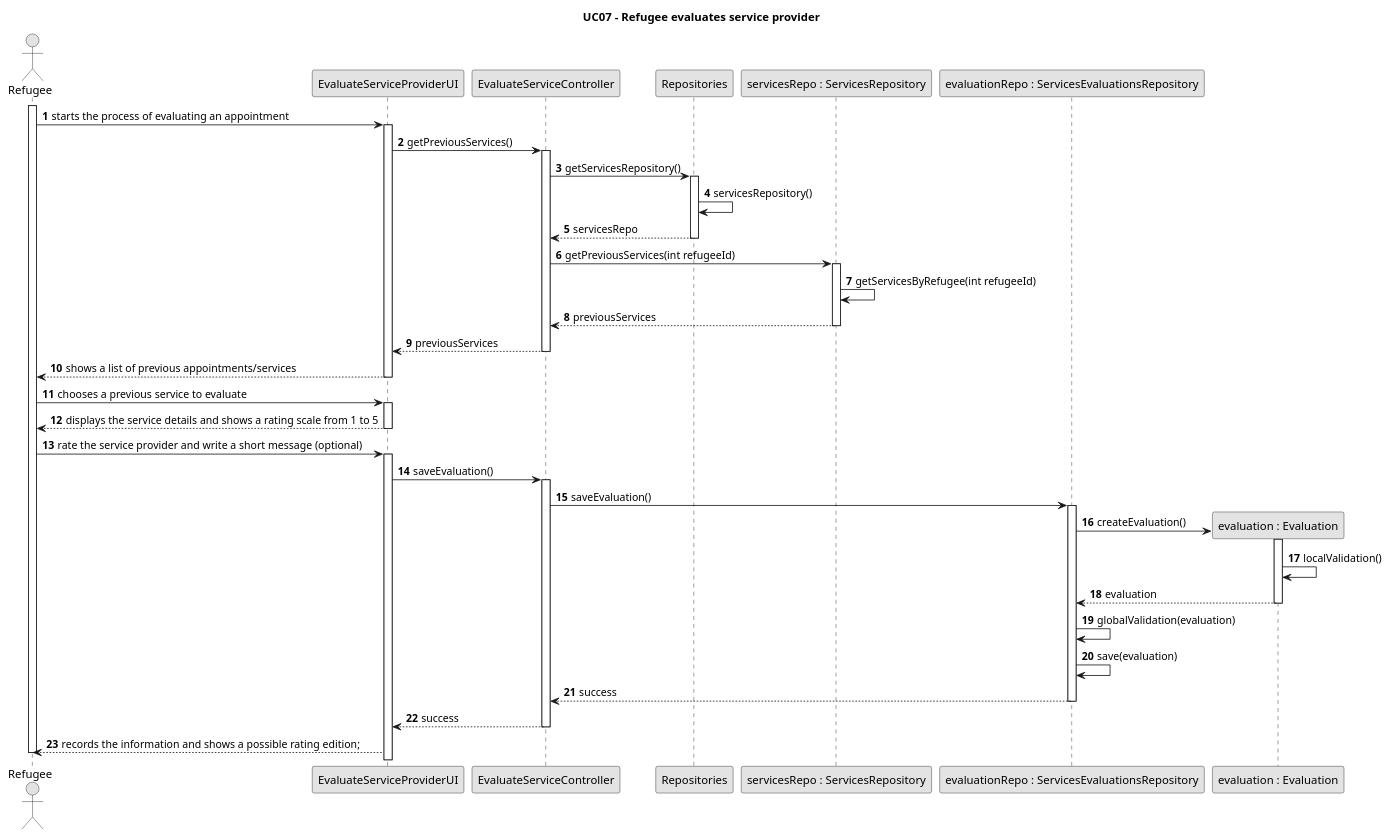
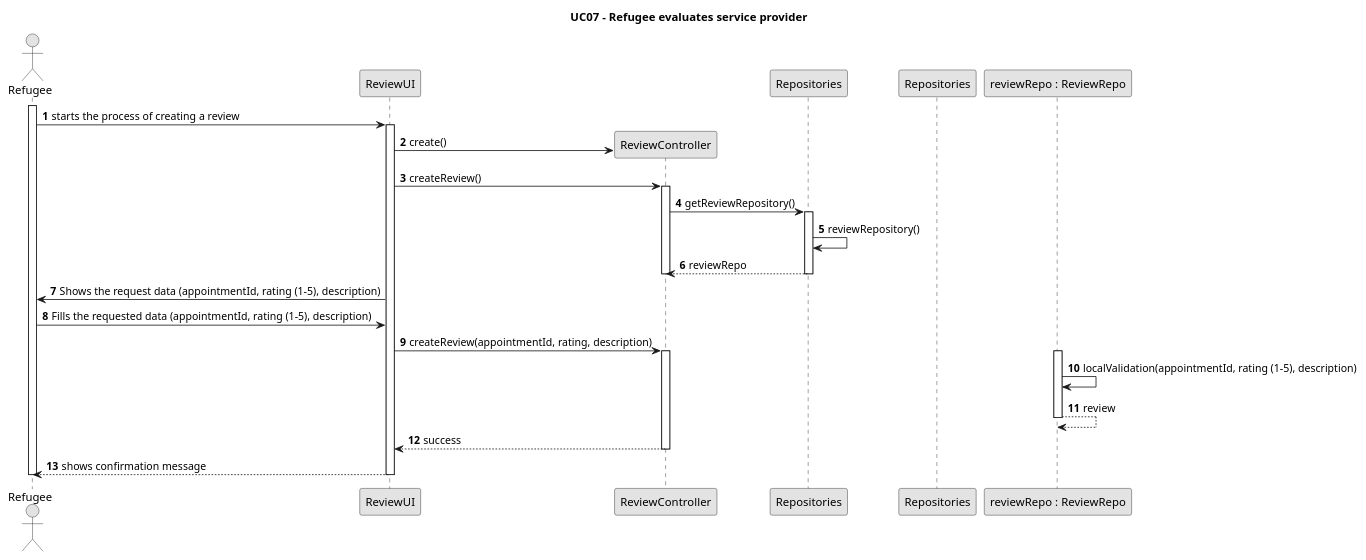
The diagram in javaSprint2GladlyGiven/Docs/UseCases/uc07/design/uc07-SD-Design_Model.puml (Chirano/GladlyGiven), drawn with PlantUML before and after one commit. The commit also changed 6 other files, not shown here.

```diff
--- a/javaSprint2GladlyGiven/Docs/UseCases/uc07/design/uc07-SD-Design_Model.puml
+++ b/javaSprint2GladlyGiven/Docs/UseCases/uc07/design/uc07-SD-Design_Model.puml
@@ -1,63 +1,46 @@
 @startuml
 
 skinparam monochrome true
 skinparam packageStyle rectangle
 skinparam shadowing false
 
 title UC07 - Refugee evaluates service provider
 autonumber
 
 actor Refugee
 
-participant "EvaluateServiceProviderUI" as ui
-participant "EvaluateServiceController" as ctrl
+participant "ReviewUI" as ui
+participant "ReviewController" as ctrl
 participant "Repositories"
-participant "servicesRepo : ServicesRepository" as servicesRepo
-participant "evaluationRepo : ServicesEvaluationsRepository" as evaluationRepo
-participant "evaluation : Evaluation" as evaluation
+participant Repositories as repo
+participant "reviewRepo : ReviewRepo" as reviewRepo
 
 activate Refugee
-    Refugee -> ui : starts the process of evaluating an appointment
+    Refugee -> ui : starts the process of creating a review
     activate ui
-        ui -> ctrl : getPreviousServices()
+        ui -> ctrl** : create()
+        ui -> ctrl : createReview()
         activate ctrl
-            ctrl -> Repositories : getServicesRepository()
-                activate Repositories
-                    "Repositories" -> "Repositories" : servicesRepository()
-                    "Repositories" --> ctrl : servicesRepo
-                deactivate "Repositories"
-            ctrl -> servicesRepo : getPreviousServices(int refugeeId)
-                activate servicesRepo
-                    servicesRepo -> servicesRepo : getServicesByRefugee(int refugeeId)
-                    servicesRepo --> ctrl : previousServices
-                deactivate servicesRepo
-            ctrl --> ui : previousServices
+            ctrl -> Repositories : getReviewRepository()
+                    activate Repositories
+                        Repositories -> Repositories : reviewRepository()
+                        Repositories-->ctrl : reviewRepo
+                    deactivate Repositories
         deactivate ctrl
-        ui --> Refugee : shows a list of previous appointments/services
+        ui -> Refugee : Shows the request data (appointmentId, rating (1-5), description)
+        Refugee -> ui : Fills the requested data (appointmentId, rating (1-5), description)
+        ui -> ctrl : createReview(appointmentId, rating, description)
+        activate ctrl
+        activate reviewRepo
+                reviewRepo -> reviewRepo : localValidation(appointmentId, rating (1-5), description)
+                reviewRepo --> reviewRepo : review
+        deactivate reviewRepo
+
+        ctrl --> ui : success
+        deactivate ctrl
+        ui --> Refugee : shows confirmation message
     deactivate ui
-
-    Refugee -> ui : chooses a previous service to evaluate
-        activate ui
-            ui --> Refugee : displays the service details and shows a rating scale from 1 to 5
-        deactivate ui
-    Refugee -> ui : rate the service provider and write a short message (optional)
-        activate ui
-        ui -> ctrl : saveEvaluation()
-            activate ctrl
-                ctrl -> evaluationRepo : saveEvaluation()
-                activate evaluationRepo
-                    evaluationRepo -> evaluation** : createEvaluation()
-                        activate evaluation
-                            evaluation -> evaluation : localValidation()
-                            evaluation --> evaluationRepo : evaluation
-                        deactivate evaluation
-                    evaluationRepo -> evaluationRepo : globalValidation(evaluation)
-                    evaluationRepo -> evaluationRepo : save(evaluation)
-                    evaluationRepo --> ctrl : success
-                deactivate evaluationRepo
-            ctrl --> ui : success
-            deactivate ctrl
-        ui --> Refugee: records the information and shows a possible rating edition;
 deactivate Refugee
 
+
 @enduml
```
